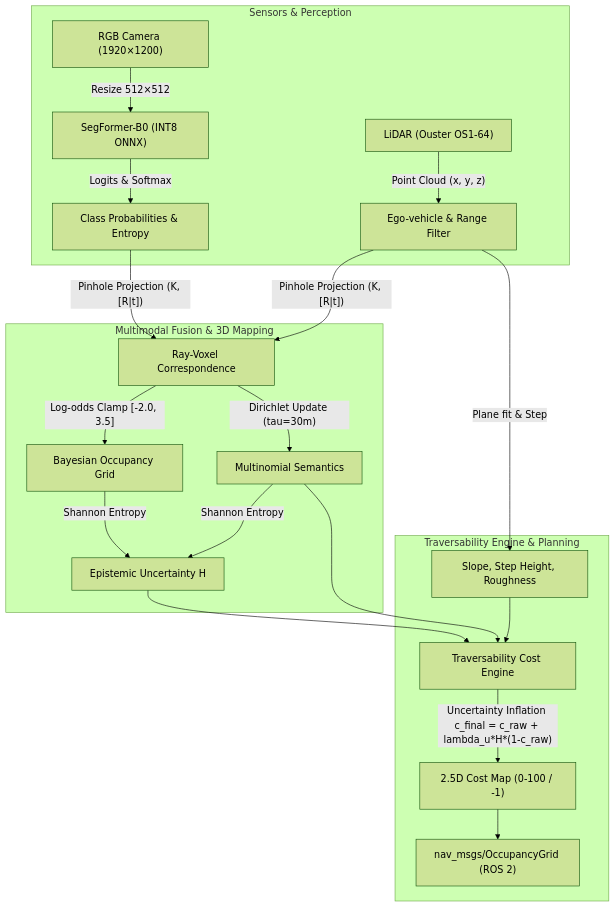
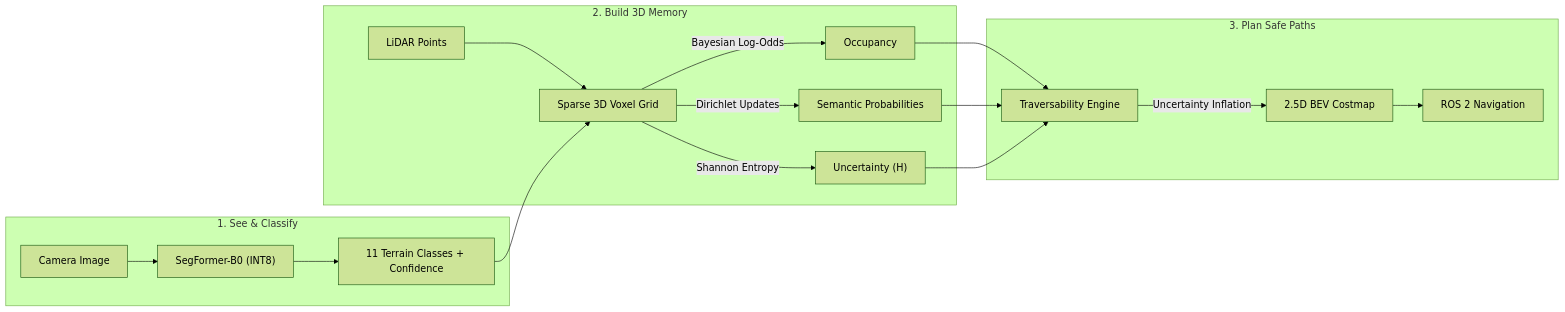
The diagram in README.md (agrimsri/TerraSem), drawn with Mermaid (forest theme) before and after one commit. The commit also changed other lines of this file and 6 other files, not shown here.

````diff
--- a/README.md
+++ b/README.md
@@ -23,23 +35,20 @@
 ```mermaid
-flowchart TD
-    subgraph Sensors["Sensors & Perception"]
-        RGB["RGB Camera (1920×1200)"] -->|Resize 512×512| SF["SegFormer-B0 (INT8 ONNX)"]
-        SF -->|"Logits & Softmax"| SEM["Class Probabilities & Entropy"]
-        LIDAR["LiDAR (Ouster OS1-64)"] -->|"Point Cloud (x, y, z)"| FILT["Ego-vehicle & Range Filter"]
+flowchart LR
+    subgraph Step1["1. See & Classify"]
+        CAM["Camera Image"] --> SF["SegFormer-B0 (INT8)"]
+        SF --> MASK["11 Terrain Classes + Confidence"]
     end
 
-    subgraph Fusion["Multimodal Fusion & 3D Mapping"]
-        SEM & FILT -->|"Pinhole Projection (K, [R|t])"| PROJ["Ray-Voxel Correspondence"]
-        PROJ -->|"Log-odds Clamp [-2.0, 3.5]"| OCC["Bayesian Occupancy Grid"]
-        PROJ -->|"Dirichlet Update (tau=30m)"| DIR["Multinomial Semantics"]
-        OCC & DIR -->|"Shannon Entropy"| UNC["Epistemic Uncertainty H"]
+    subgraph Step2["2. Build 3D Memory"]
+        LID["LiDAR Points"] & MASK --> VOX["Sparse 3D Voxel Grid"]
+        VOX -->|"Bayesian Log-Odds"| OCC["Occupancy"]
+        VOX -->|"Dirichlet Updates"| SEM["Semantic Probabilities"]
+        VOX -->|"Shannon Entropy"| UNC["Uncertainty (H)"]
     end
 
-    subgraph Traversability["Traversability Engine & Planning"]
-        DIR & UNC --> COST["Traversability Cost Engine"]
-        FILT -->|"Plane fit & Step"| GEOM["Slope, Step Height, Roughness"]
-        GEOM --> COST
-        COST -->|"Uncertainty Inflation c_final = c_raw + lambda_u*H*(1-c_raw)"| BEV["2.5D Cost Map (0-100 / -1)"]
-        BEV --> ROS["nav_msgs/OccupancyGrid (ROS 2)"]
+    subgraph Step3["3. Plan Safe Paths"]
+        OCC & SEM & UNC --> ENGINE["Traversability Engine"]
+        ENGINE -->|"Uncertainty Inflation"| COST["2.5D BEV Costmap"]
+        COST --> PLANNER["ROS 2 Navigation"]
     end
 ```
````
